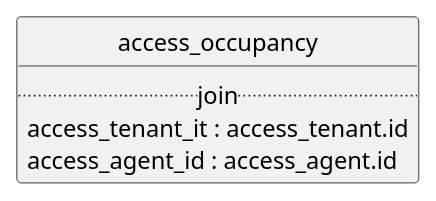
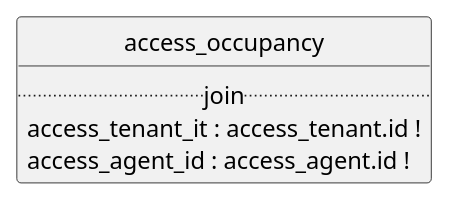
One commit to contactopensource/contactopensource changed the diagram in api/access_occupancy/uml.plantuml. Above: the diagram before and after it, drawn with PlantUML. The commit also changed 111 other files, not shown here.

```diff
--- a/api/access_occupancy/uml.plantuml
+++ b/api/access_occupancy/uml.plantuml
@@ -1,12 +1,12 @@
 @startuml uml
 skinparam monochrome true
 skinparam linetype ortho
 hide circle
 
 entity access_occupancy {
   .. join ..
-  access_tenant_it : access_tenant.id
-  access_agent_id : access_agent.id
+  access_tenant_it : access_tenant.id !
+  access_agent_id : access_agent.id !
 }
 
 @enduml
```
